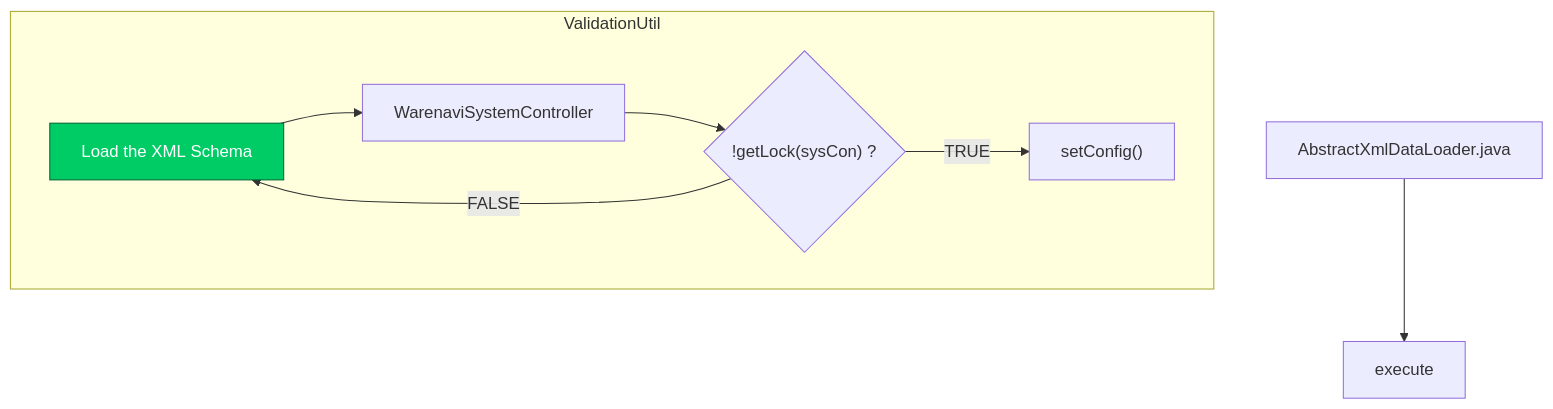
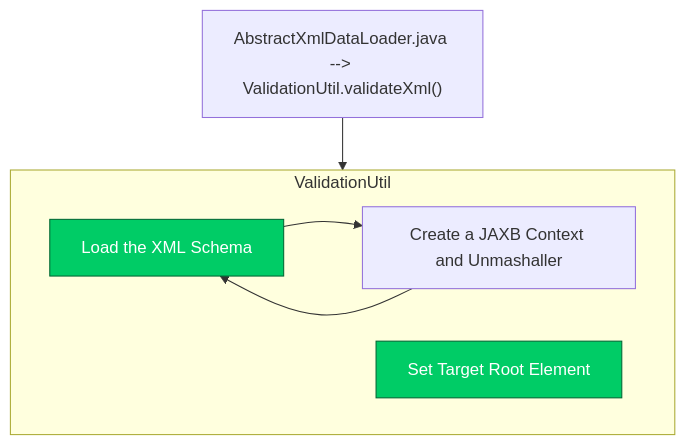
The eighth of 8 diagrams in Basic-Design/Host-Interfaces.md (luthfiadityaa/SimeDarby-Wiki), drawn with Mermaid before and after one commit.

Commit message:
Updated Host Interfaces

```diff
--- a/Basic-Design/Host-Interfaces.md
+++ b/Basic-Design/Host-Interfaces.md
@@ -637,17 +637,17 @@
 ::: mermaid
 flowchart TD
- C1["AbstractXmlDataLoader.java"]
- C1 --> execute
+ C1["AbstractXmlDataLoader.java --> ValidationUtil.validateXml()"]
+ C1 --> ValidationUtil
 
 subgraph ValidationUtil
- C2 --> C3 --> Cond1
+ C2 --> C3 --> 
  C2["Load the XML Schema"]
- C3["WarenaviSystemController"]
- Cond1{"!getLock(sysCon) ?"} 
- Cond1 --> |FALSE| C2
- Cond1 --> |TRUE| C4["setConfig()"]
+ C3["Create a JAXB Context and Unmashaller"]
+ C4["Set Target Root Element"]
 end
 
 click C2 "https://dev.azure.com/Daifuku-SW/ID_SimeDarbyPlantation/_wiki/wikis/ID_SimeDarbyPlantation.wiki/833/Host-Interfaces?anchor=stage-5"
+click C4 "https://dev.azure.com/Daifuku-SW/ID_SimeDarbyPlantation/_wiki/wikis/ID_SimeDarbyPlantation.wiki/833/Host-Interfaces?anchor=stage-5"
 style C2 fill:#00cc66,stroke:#006633,color:#ffffff
+style C4 fill:#00cc66,stroke:#006633,color:#ffffff
 :::
```
